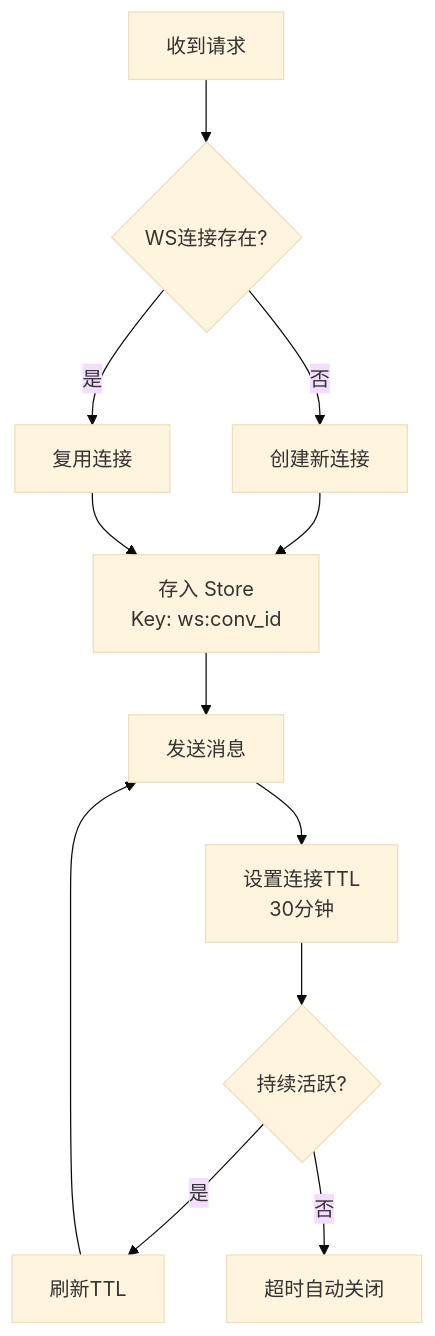
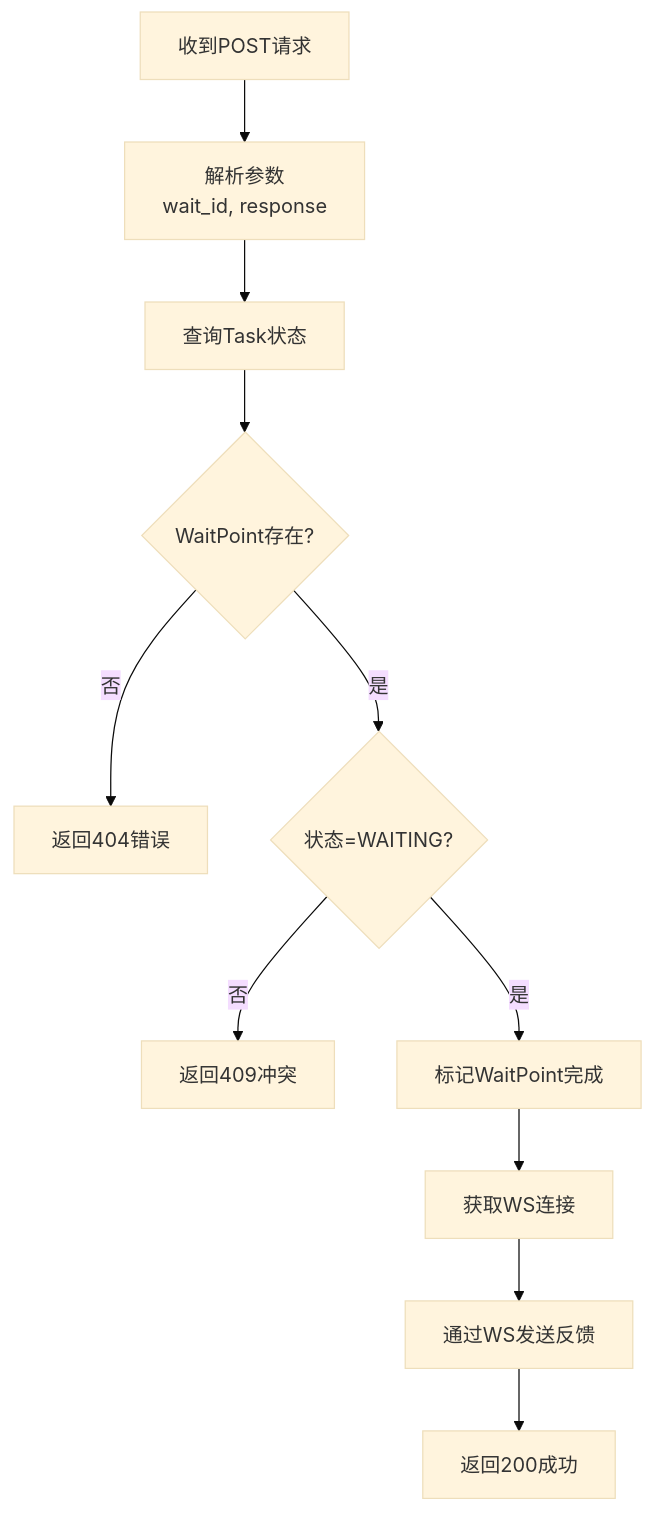
One commit to yingjianzh/iodraw-files changed the diagram in all/未命名-10.md. Above: the diagram before and after it, drawn with Mermaid (base theme).

Commit message:
2025-12-18 15:30:07 update

````diff
--- a/all/未命名-10.md
+++ b/all/未命名-10.md
@@ -1,19 +1,13 @@
 ```mermaid
 graph TD
-    A[收到请求] --> B{WS连接存在?}
-    B -->|否| C[创建新连接]
-    B -->|是| D[复用连接]
-    
-    C --> E[存入 Store<br/>Key: ws:conv_id]
-    D --> E
-    
-    E --> F[发送消息]
-    
-    F --> G[设置连接TTL<br/>30分钟]
-    
-    G --> H{持续活跃?}
-    H -->|是| I[刷新TTL]
-    H -->|否| J[超时自动关闭]
-    
-    I --> F
+    A[收到POST请求] --> B[解析参数<br/>wait_id, response]
+    B --> C[查询Task状态]
+    C --> D{WaitPoint存在?}
+    D -->|否| E[返回404错误]
+    D -->|是| F{状态=WAITING?}
+    F -->|否| G[返回409冲突]
+    F -->|是| H[标记WaitPoint完成]
+    H --> I[获取WS连接]
+    I --> J[通过WS发送反馈]
+    J --> K[返回200成功]
 ```
````
